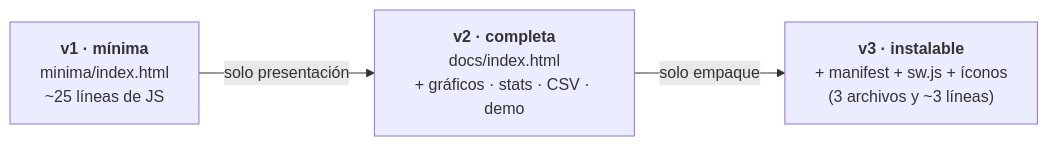
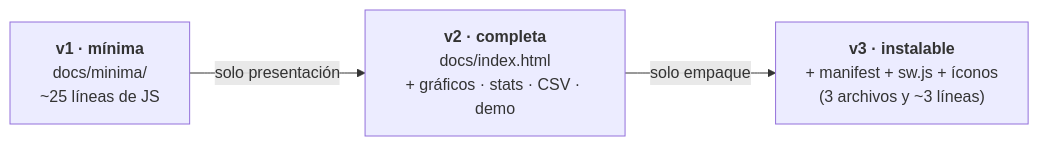
Before and after one commit to fernandorvs/Datalogger-Web-ESP32-2026: the diagram in apendice-web/README.md, drawn with Mermaid. The commit also changed other lines of this file and 4 other files, not shown here.

````diff
--- a/apendice-web/README.md
+++ b/apendice-web/README.md
@@ -13,7 +13,7 @@
 ```mermaid
 flowchart LR
-    V1["<b>v1 · mínima</b><br/>minima/index.html<br/>~25 líneas de JS"]
+    V1["<b>v1 · mínima</b><br/>docs/minima/<br/>~25 líneas de JS"]
     V2["<b>v2 · completa</b><br/>docs/index.html<br/>+ gráficos · stats · CSV · demo"]
     V3["<b>v3 · instalable</b><br/>+ manifest + sw.js + íconos<br/>(3 archivos y ~3 líneas)"]
     V1 -->|"solo presentación"| V2 -->|"solo empaque"| V3
 ```
````
